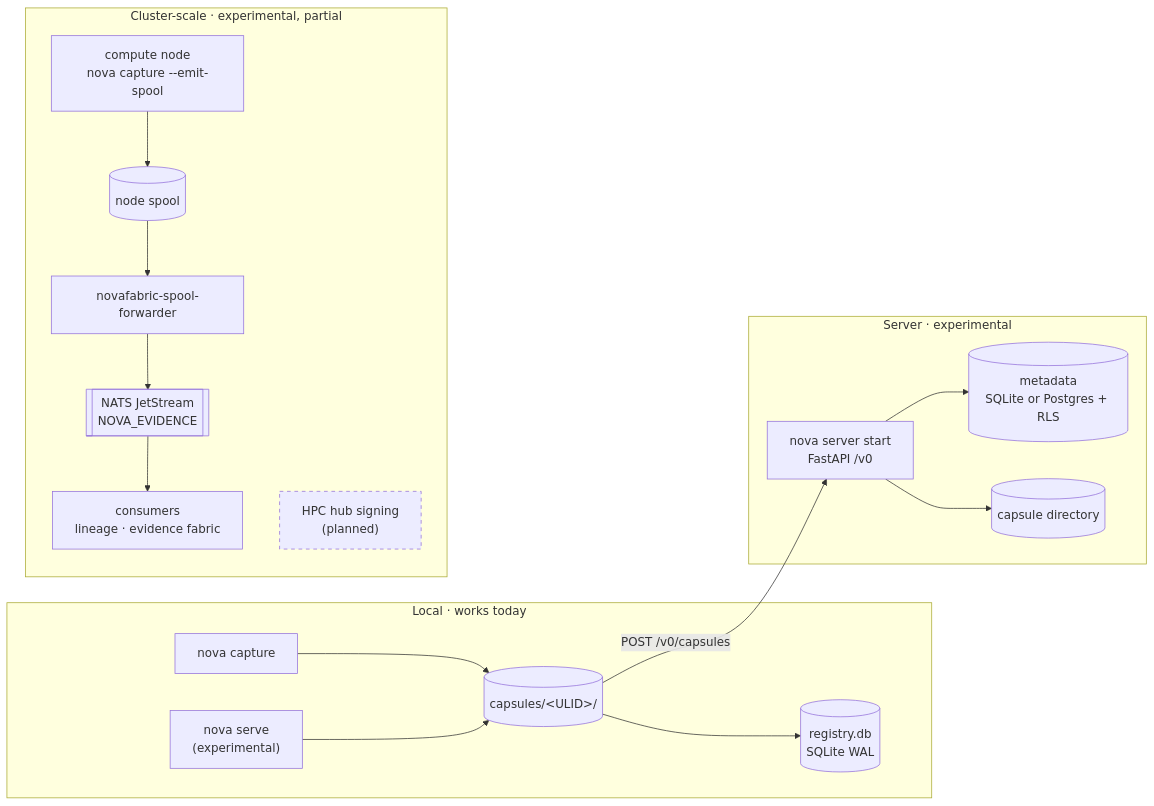
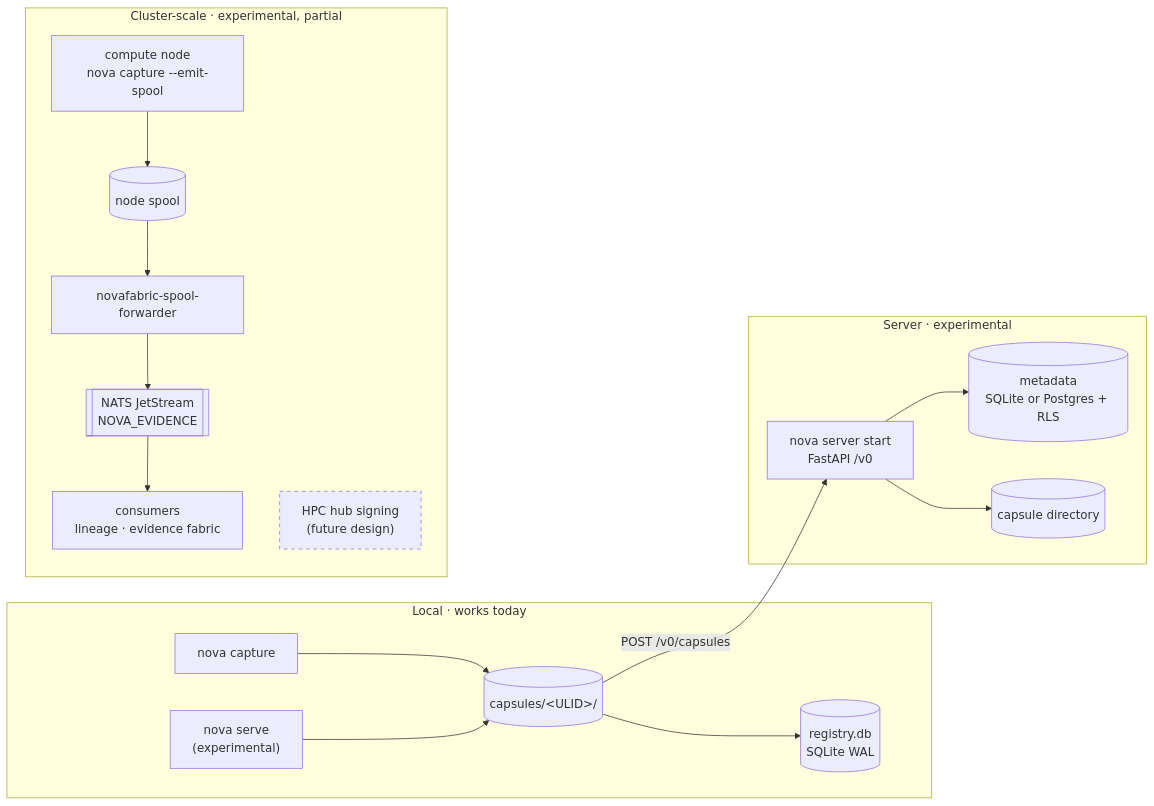
The diagram in docs/architecture/deployment-topologies.md (MSKazemi/novafabric), drawn with Mermaid before and after one commit. The commit also changed other lines of this file and 1 other file, not shown here.

Commit message:
docs(install): HPC hub signing is future design, SAML is assertion verification only
ROADMAP lists novafabric-hpc-hub as future design (a stub with no target version), so
installation.md and deployment-topologies.md no longer call it planned. The SAML row says
the [saml] extra verifies assertions (experimental, off by default) and does not yet
create a login session. The Factory row says what is partial instead of a scheduling claim.

````diff
--- a/docs/architecture/deployment-topologies.md
+++ b/docs/architecture/deployment-topologies.md
@@ -13,20 +13,20 @@
 ```mermaid
 flowchart LR
     subgraph L["Local · works today"]
         LC["nova capture"] --> LD[("capsules/&lt;ULID&gt;/")]
         LD --> LR[("registry.db<br/>SQLite WAL")]
         LS["nova serve<br/>(experimental)"] --> LD
     end
     subgraph S["Server · experimental"]
         SV["nova server start<br/>FastAPI /v0"] --> SM[("metadata<br/>SQLite or Postgres + RLS")]
         SV --> SC[("capsule directory")]
     end
     subgraph C["Cluster-scale · experimental, partial"]
         CN["compute node<br/>nova capture --emit-spool"] --> SP[("node spool")]
         SP --> FW["novafabric-spool-forwarder"] --> NATS[["NATS JetStream<br/>NOVA_EVIDENCE"]]
         NATS --> CO["consumers<br/>lineage · evidence fabric"]
-        HUB["HPC hub signing<br/>(planned)"]:::planned
+        HUB["HPC hub signing<br/>(future design)"]:::planned
     end
     LD -- "POST /v0/capsules" --> SV
     classDef planned stroke-dasharray: 5 5
 ```
````
